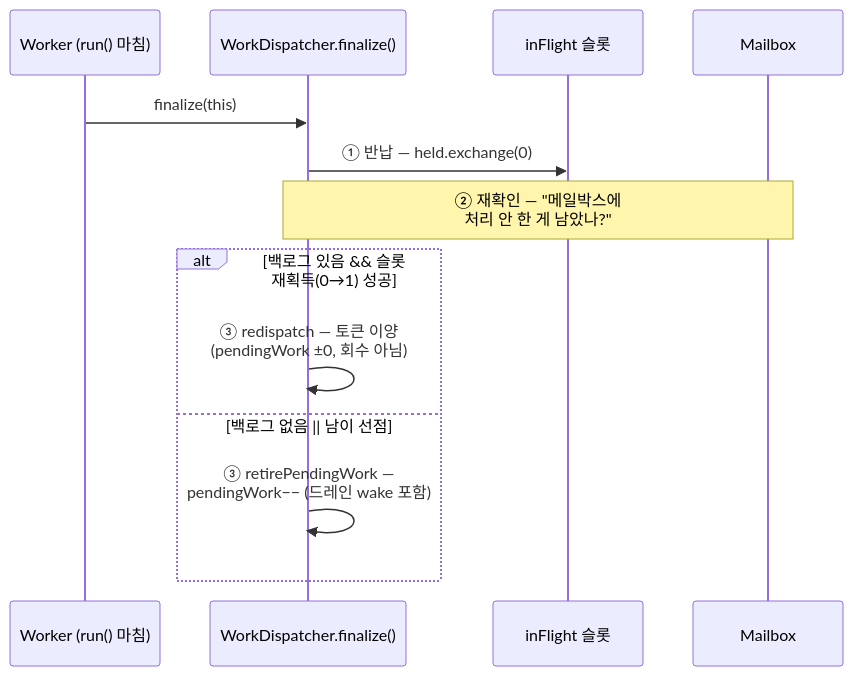
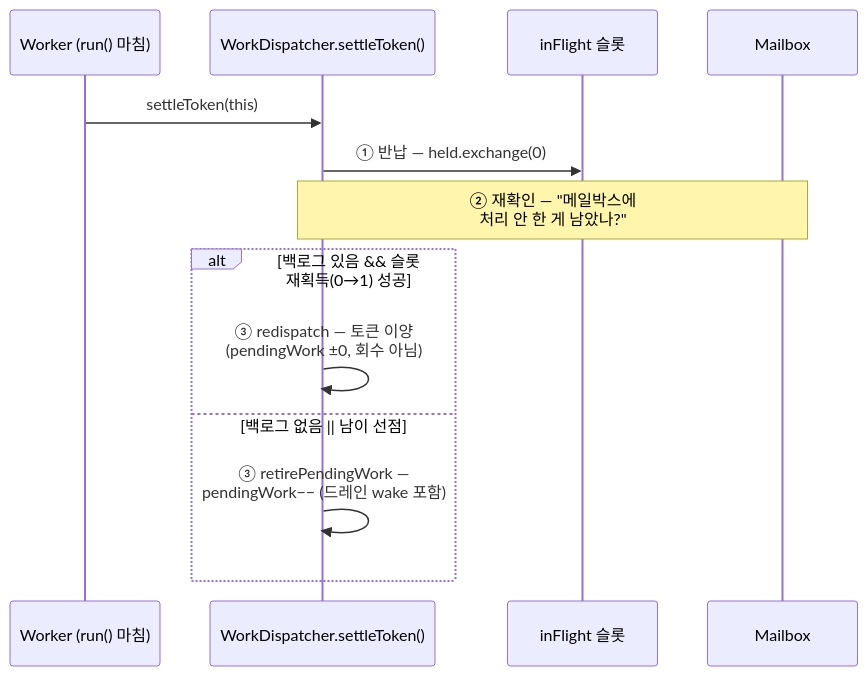
One commit to shoenkh15324/V2-Engine changed the third of 3 diagrams in docs/architecture/concepts/work_dispatch.md. Above: the diagram before and after it, drawn with Mermaid. The commit also changed other lines of this file and 22 other files, not shown here.

````diff
--- a/docs/architecture/concepts/work_dispatch.md
+++ b/docs/architecture/concepts/work_dispatch.md
@@ -131,16 +131,16 @@
 ```mermaid
 sequenceDiagram
     participant W as Worker (run() 마침)
-    participant D as WorkDispatcher.finalize()
+    participant D as WorkDispatcher.settleToken()
     participant S as inFlight 슬롯
     participant MB as Mailbox
 
-    W->>D: finalize(this)
+    W->>D: settleToken(this)
     D->>S: ① 반납 — held.exchange(0)
     Note over D,MB: ② 재확인 — "메일박스에<br/>처리 안 한 게 남았나?"
     alt 백로그 있음 && 슬롯 재획득(0→1) 성공
         D->>D: ③ redispatch — 토큰 이양<br/>(pendingWork ±0, 회수 아님)
     else 백로그 없음 || 남이 선점
         D->>D: ③ retirePendingWork —<br/>pendingWork−− (드레인 wake 포함)
     end
 ```
````
